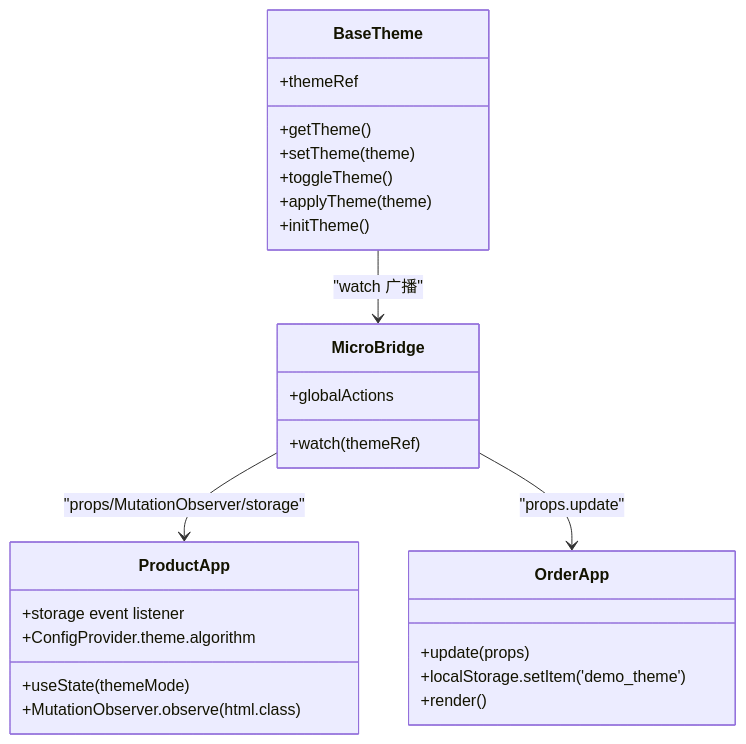
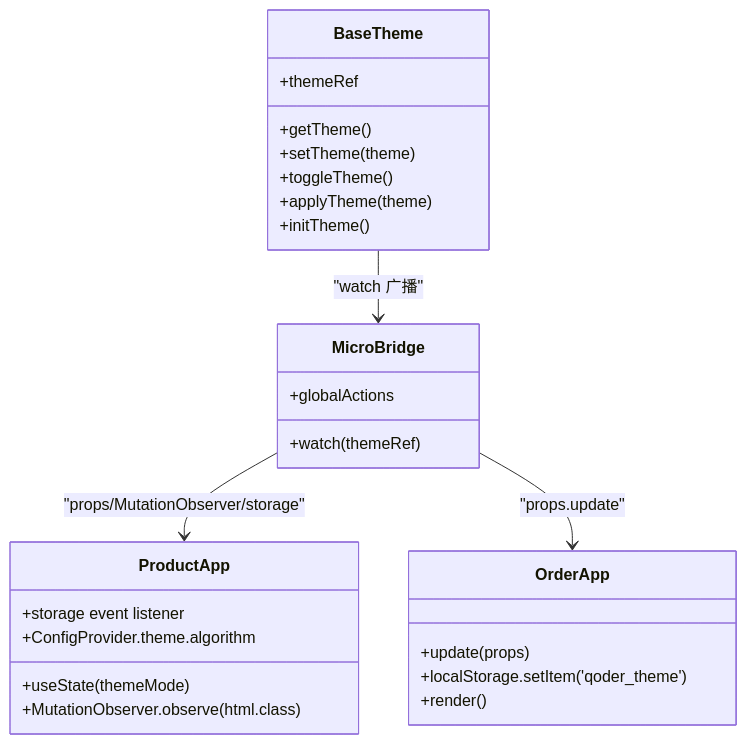
One commit to haohailiang/qoder-fullstack changed the fifth of 7 diagrams in .qoder/repowiki/zh/content/前端架构设计/主题系统.md. Above: the diagram before and after it, drawn with Mermaid. The commit also changed other lines of this file and 45 other files, not shown here.

````diff
--- a/.qoder/repowiki/zh/content/前端架构设计/主题系统.md
+++ b/.qoder/repowiki/zh/content/前端架构设计/主题系统.md
@@ -182,29 +182,29 @@
 ```mermaid
 classDiagram
 class BaseTheme {
 +themeRef
 +getTheme()
 +setTheme(theme)
 +toggleTheme()
 +applyTheme(theme)
 +initTheme()
 }
 class MicroBridge {
 +globalActions
 +watch(themeRef)
 }
 class ProductApp {
 +useState(themeMode)
 +MutationObserver.observe(html.class)
 +storage event listener
 +ConfigProvider.theme.algorithm
 }
 class OrderApp {
 +update(props)
-+localStorage.setItem('demo_theme')
++localStorage.setItem('qoder_theme')
 +render()
 }
 BaseTheme --> MicroBridge : "watch 广播"
 MicroBridge --> ProductApp : "props/MutationObserver/storage"
 MicroBridge --> OrderApp : "props.update"
 ```
````
